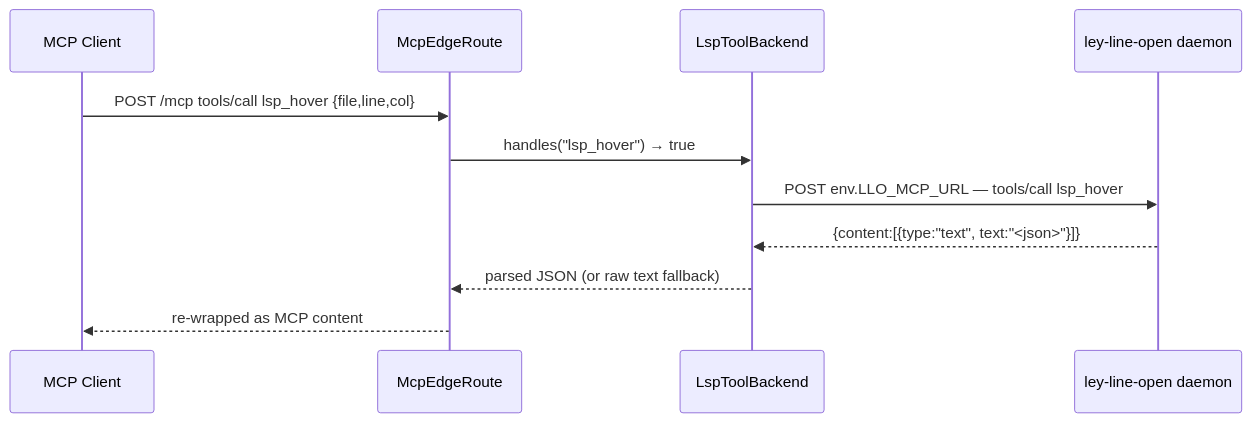
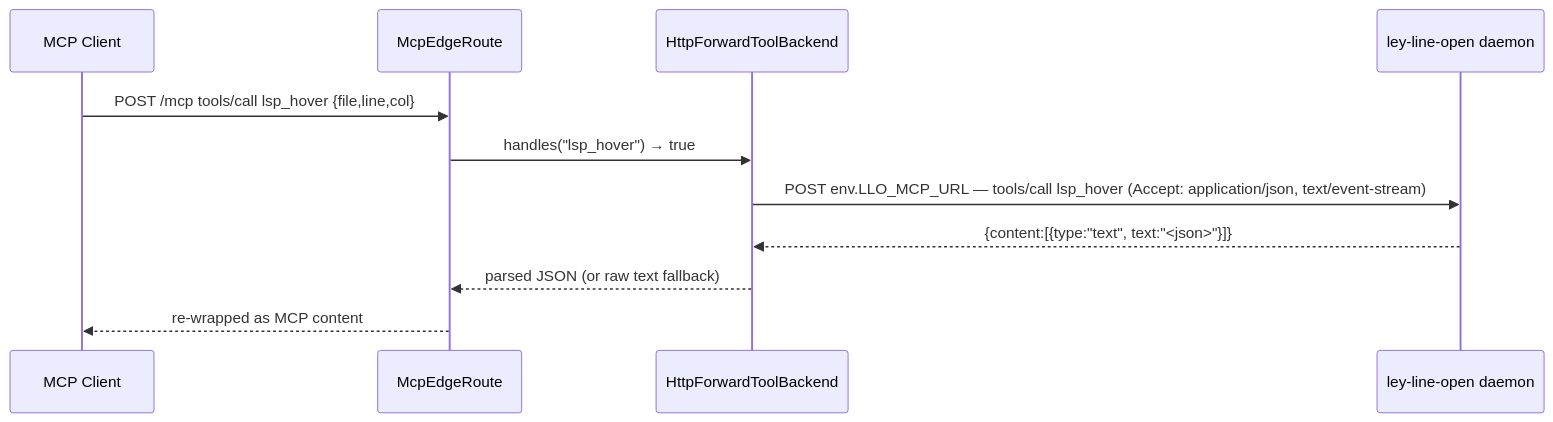
The fourth of 11 diagrams in docs/ARCHITECTURE.md (agentic-research/cloister), drawn with Mermaid before and after one commit. The commit also changed other lines of this file and 2 other files, not shown here.

First line of the commit message:
docs: leylineNet documentation catch-up + stale-backend cleanup (cloister-5183bc iter 12)

````diff
--- a/docs/ARCHITECTURE.md
+++ b/docs/ARCHITECTURE.md
@@ -118,14 +119,14 @@
 ```mermaid
 sequenceDiagram
     participant C as MCP Client
     participant ME as McpEdgeRoute
-    participant LB as LspToolBackend
+    participant LB as HttpForwardToolBackend
     participant LLO as ley-line-open daemon
 
     C->>ME: POST /mcp tools/call lsp_hover {file,line,col}
     ME->>LB: handles("lsp_hover") → true
-    LB->>LLO: POST env.LLO_MCP_URL — tools/call lsp_hover
+    LB->>LLO: POST env.LLO_MCP_URL — tools/call lsp_hover (Accept: application/json, text/event-stream)
     LLO-->>LB: {content:[{type:"text", text:"<json>"}]}
     LB-->>ME: parsed JSON (or raw text fallback)
     ME-->>C: re-wrapped as MCP content
 ```
````
